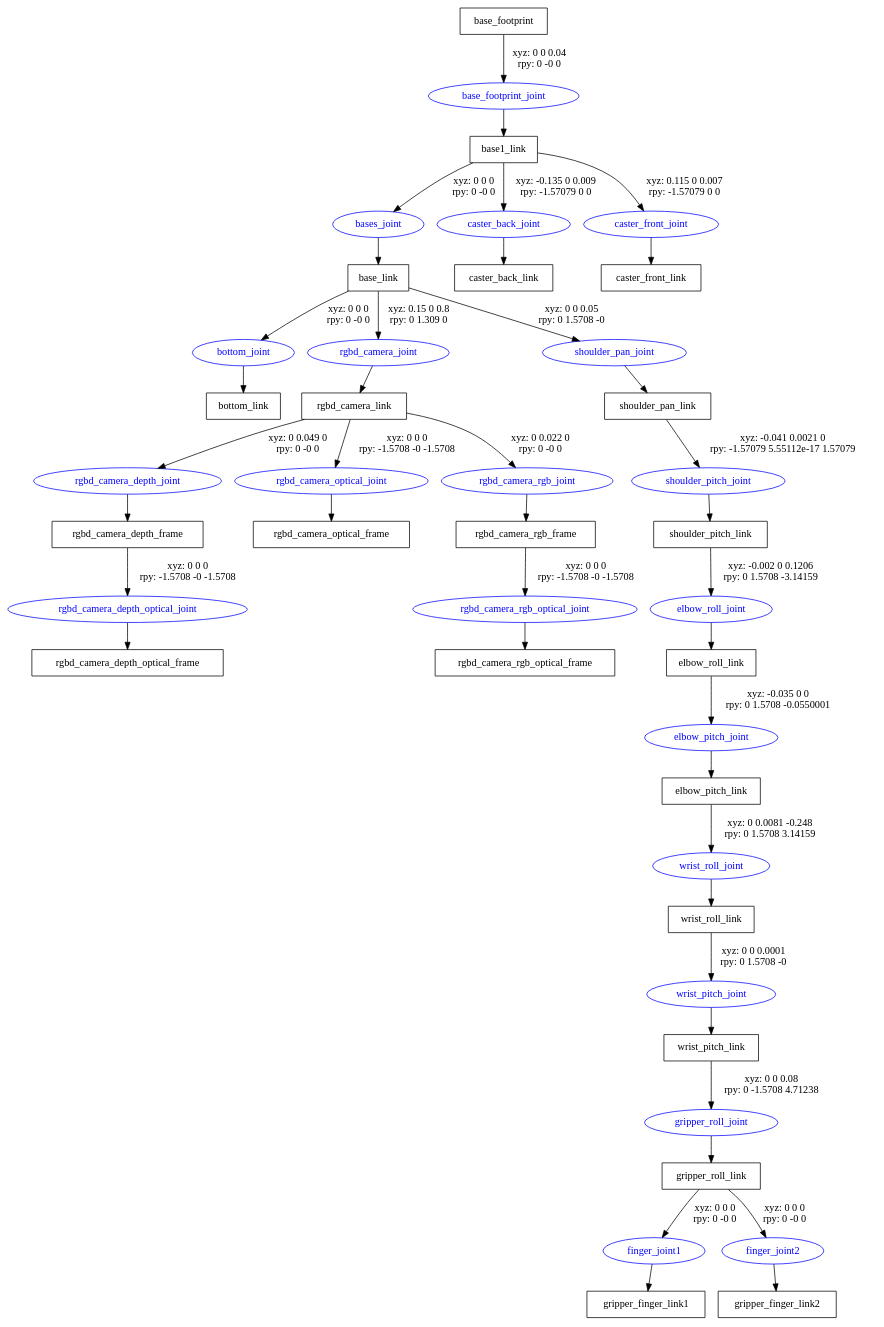
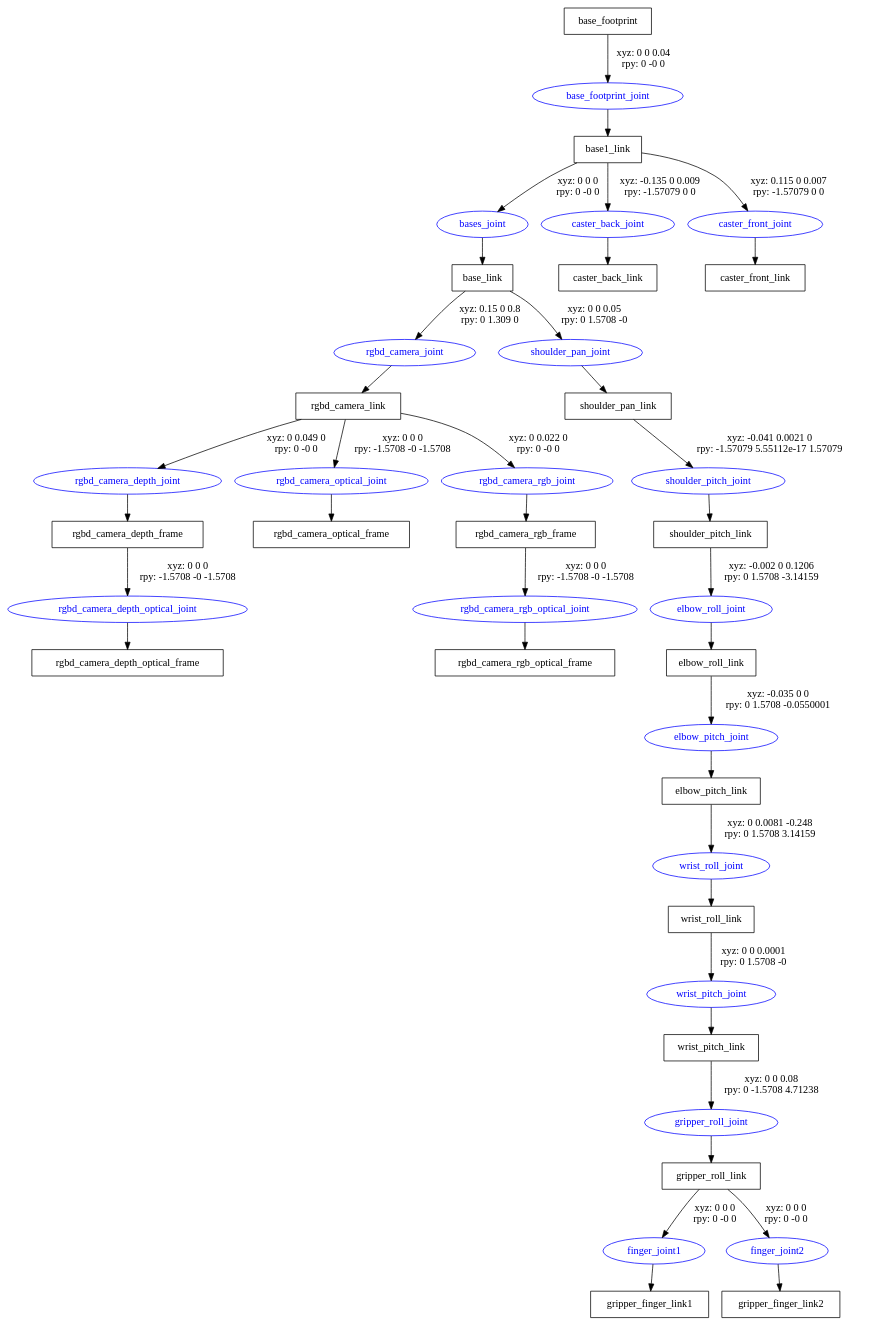
The diagram in urdf/mobile_and_arm.gv (fedehub/robot_modelling), drawn with Graphviz before and after one commit. The commit also changed 3 other files, not shown here.

```diff
--- a/urdf/mobile_and_arm.gv
+++ b/urdf/mobile_and_arm.gv
@@ -1,65 +1,62 @@
 digraph G {
 node [shape=box];
 "base_footprint" [label="base_footprint"];
 "base1_link" [label="base1_link"];
 "base_link" [label="base_link"];
-"bottom_link" [label="bottom_link"];
 "rgbd_camera_link" [label="rgbd_camera_link"];
 "rgbd_camera_depth_frame" [label="rgbd_camera_depth_frame"];
 "rgbd_camera_depth_optical_frame" [label="rgbd_camera_depth_optical_frame"];
 "rgbd_camera_optical_frame" [label="rgbd_camera_optical_frame"];
 "rgbd_camera_rgb_frame" [label="rgbd_camera_rgb_frame"];
 "rgbd_camera_rgb_optical_frame" [label="rgbd_camera_rgb_optical_frame"];
 "shoulder_pan_link" [label="shoulder_pan_link"];
 "shoulder_pitch_link" [label="shoulder_pitch_link"];
 "elbow_roll_link" [label="elbow_roll_link"];
 "elbow_pitch_link" [label="elbow_pitch_link"];
 "wrist_roll_link" [label="wrist_roll_link"];
 "wrist_pitch_link" [label="wrist_pitch_link"];
 "gripper_roll_link" [label="gripper_roll_link"];
 "gripper_finger_link1" [label="gripper_finger_link1"];
 "gripper_finger_link2" [label="gripper_finger_link2"];
 "caster_back_link" [label="caster_back_link"];
 "caster_front_link" [label="caster_front_link"];
 node [shape=ellipse, color=blue, fontcolor=blue];
 "base_footprint" -> "base_footprint_joint" [label="xyz: 0 0 0.04 \nrpy: 0 -0 0"]
 "base_footprint_joint" -> "base1_link"
 "base1_link" -> "bases_joint" [label="xyz: 0 0 0 \nrpy: 0 -0 0"]
 "bases_joint" -> "base_link"
-"base_link" -> "bottom_joint" [label="xyz: 0 0 0 \nrpy: 0 -0 0"]
-"bottom_joint" -> "bottom_link"
 "base_link" -> "rgbd_camera_joint" [label="xyz: 0.15 0 0.8 \nrpy: 0 1.309 0"]
 "rgbd_camera_joint" -> "rgbd_camera_link"
 "rgbd_camera_link" -> "rgbd_camera_depth_joint" [label="xyz: 0 0.049 0 \nrpy: 0 -0 0"]
 "rgbd_camera_depth_joint" -> "rgbd_camera_depth_frame"
 "rgbd_camera_depth_frame" -> "rgbd_camera_depth_optical_joint" [label="xyz: 0 0 0 \nrpy: -1.5708 -0 -1.5708"]
 "rgbd_camera_depth_optical_joint" -> "rgbd_camera_depth_optical_frame"
 "rgbd_camera_link" -> "rgbd_camera_optical_joint" [label="xyz: 0 0 0 \nrpy: -1.5708 -0 -1.5708"]
 "rgbd_camera_optical_joint" -> "rgbd_camera_optical_frame"
 "rgbd_camera_link" -> "rgbd_camera_rgb_joint" [label="xyz: 0 0.022 0 \nrpy: 0 -0 0"]
 "rgbd_camera_rgb_joint" -> "rgbd_camera_rgb_frame"
 "rgbd_camera_rgb_frame" -> "rgbd_camera_rgb_optical_joint" [label="xyz: 0 0 0 \nrpy: -1.5708 -0 -1.5708"]
 "rgbd_camera_rgb_optical_joint" -> "rgbd_camera_rgb_optical_frame"
 "base_link" -> "shoulder_pan_joint" [label="xyz: 0 0 0.05 \nrpy: 0 1.5708 -0"]
 "shoulder_pan_joint" -> "shoulder_pan_link"
 "shoulder_pan_link" -> "shoulder_pitch_joint" [label="xyz: -0.041 0.0021 0 \nrpy: -1.57079 5.55112e-17 1.57079"]
 "shoulder_pitch_joint" -> "shoulder_pitch_link"
 "shoulder_pitch_link" -> "elbow_roll_joint" [label="xyz: -0.002 0 0.1206 \nrpy: 0 1.5708 -3.14159"]
 "elbow_roll_joint" -> "elbow_roll_link"
 "elbow_roll_link" -> "elbow_pitch_joint" [label="xyz: -0.035 0 0 \nrpy: 0 1.5708 -0.0550001"]
 "elbow_pitch_joint" -> "elbow_pitch_link"
 "elbow_pitch_link" -> "wrist_roll_joint" [label="xyz: 0 0.0081 -0.248 \nrpy: 0 1.5708 3.14159"]
 "wrist_roll_joint" -> "wrist_roll_link"
 "wrist_roll_link" -> "wrist_pitch_joint" [label="xyz: 0 0 0.0001 \nrpy: 0 1.5708 -0"]
 "wrist_pitch_joint" -> "wrist_pitch_link"
 "wrist_pitch_link" -> "gripper_roll_joint" [label="xyz: 0 0 0.08 \nrpy: 0 -1.5708 4.71238"]
 "gripper_roll_joint" -> "gripper_roll_link"
 "gripper_roll_link" -> "finger_joint1" [label="xyz: 0 0 0 \nrpy: 0 -0 0"]
 "finger_joint1" -> "gripper_finger_link1"
 "gripper_roll_link" -> "finger_joint2" [label="xyz: 0 0 0 \nrpy: 0 -0 0"]
 "finger_joint2" -> "gripper_finger_link2"
 "base1_link" -> "caster_back_joint" [label="xyz: -0.135 0 0.009 \nrpy: -1.57079 0 0"]
 "caster_back_joint" -> "caster_back_link"
 "base1_link" -> "caster_front_joint" [label="xyz: 0.115 0 0.007 \nrpy: -1.57079 0 0"]
 "caster_front_joint" -> "caster_front_link"
 }
```
